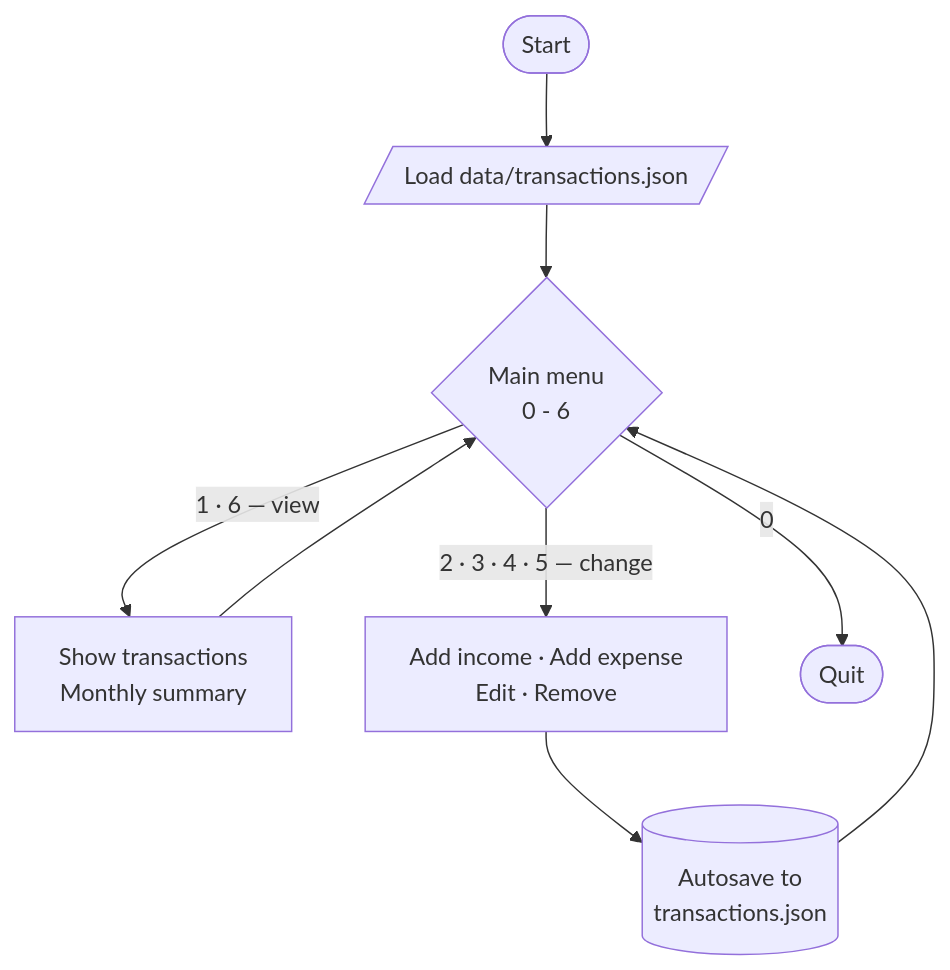
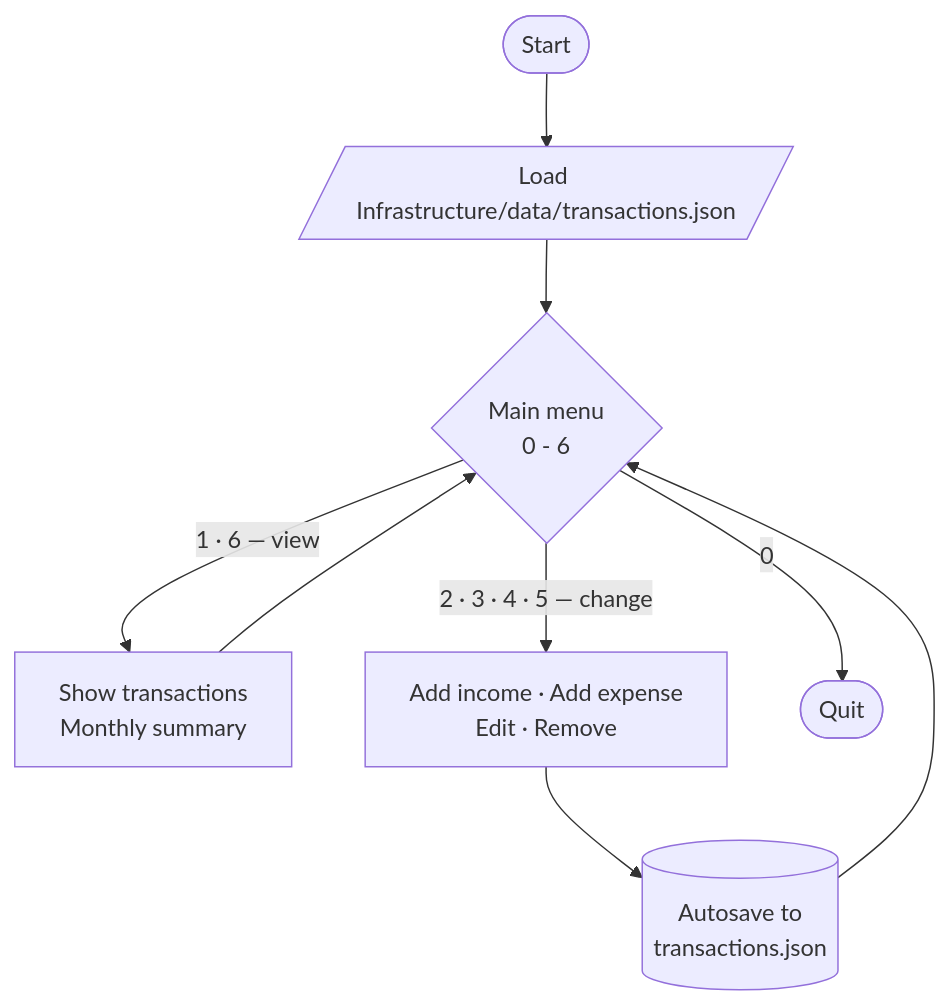
One commit to NiclO1337/Csharp-milestone-project changed the third of 3 diagrams in README.md. Above: the diagram before and after it, drawn with Mermaid. The commit also changed other lines of this file and 3 other files, not shown here.

First line of the commit message:
Embed seeded transactions.json in source tree

````diff
--- a/README.md
+++ b/README.md
@@ -225,13 +225,13 @@
 ```mermaid
 flowchart TD
-    Start([Start]) --> Load[/"Load data/transactions.json"/]
+    Start([Start]) --> Load[/"Load Infrastructure/data/transactions.json"/]
     Load --> Menu{"Main menu<br/>0 - 6"}
 
     Menu -->|"1 · 6 — view"| Read["Show transactions<br/>Monthly summary"]
     Menu -->|"2 · 3 · 4 · 5 — change"| Write["Add income · Add expense<br/>Edit · Remove"]
     Menu -->|"0"| Quit([Quit])
 
     Write --> Save[("Autosave to<br/>transactions.json")]
     Read --> Menu
     Save --> Menu
 ```
````
